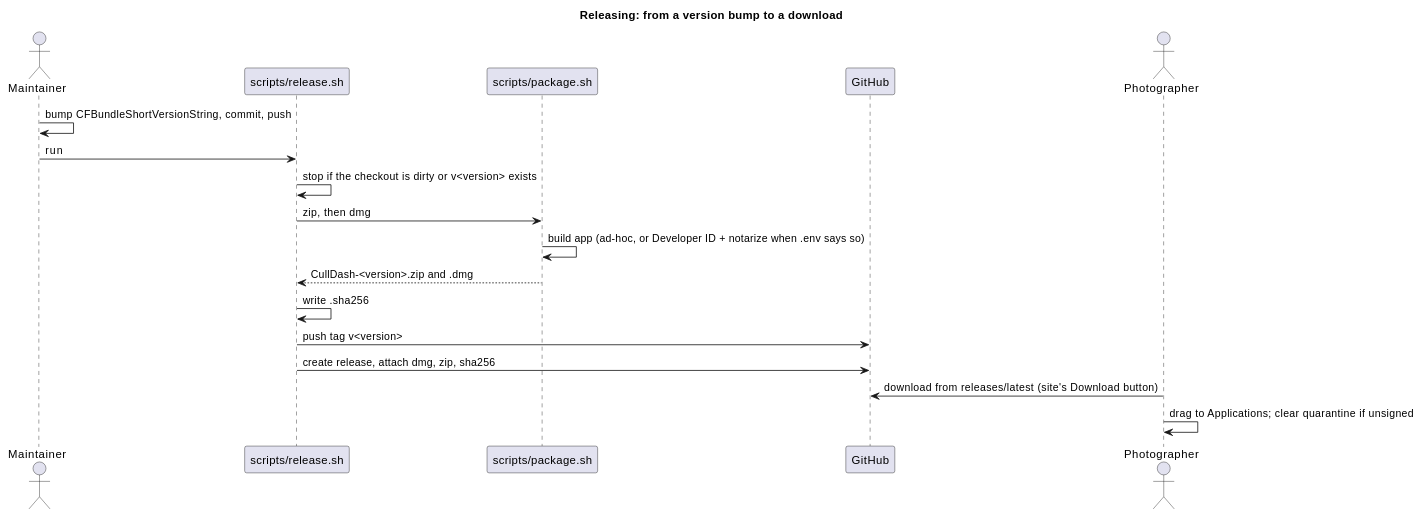
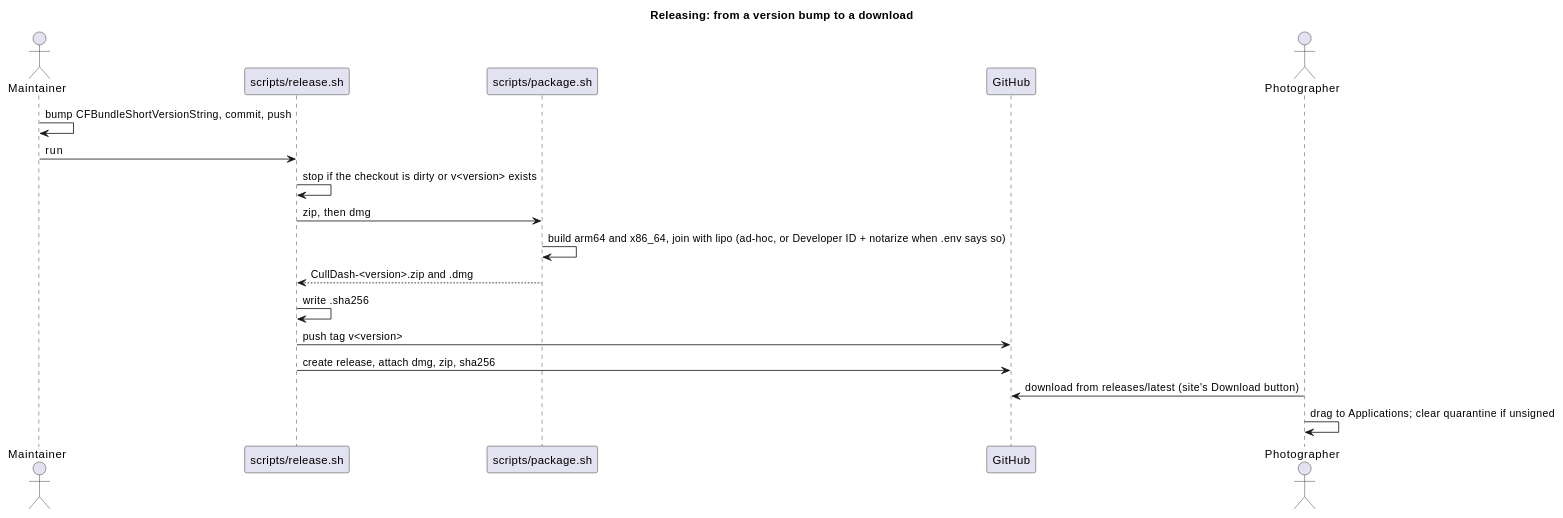
The tenth of 10 diagrams in docs/APPFLOW.md (elcozy/culldash), drawn with PlantUML before and after one commit. The commit also changed other lines of this file and 6 other files, not shown here.

First line of the commit message:
Build one universal app for releases, so Intel Macs get CullDash too

````diff
--- a/docs/APPFLOW.md
+++ b/docs/APPFLOW.md
@@ -653,22 +653,22 @@
 ```plantuml
 @startuml release
 title Releasing: from a version bump to a download
 actor Maintainer as M
 participant "scripts/release.sh" as R
 participant "scripts/package.sh" as P
 participant "GitHub" as G
 actor Photographer as U
 
 M -> M: bump CFBundleShortVersionString, commit, push
 M -> R: run
 R -> R: stop if the checkout is dirty or v<version> exists
 R -> P: zip, then dmg
-P -> P: build app (ad-hoc, or Developer ID + notarize when .env says so)
+P -> P: build arm64 and x86_64, join with lipo (ad-hoc, or Developer ID + notarize when .env says so)
 R <-- P: CullDash-<version>.zip and .dmg
 R -> R: write .sha256
 R -> G: push tag v<version>
 R -> G: create release, attach dmg, zip, sha256
 U -> G: download from releases/latest (site's Download button)
 U -> U: drag to Applications; clear quarantine if unsigned
 @enduml
 ```
````
